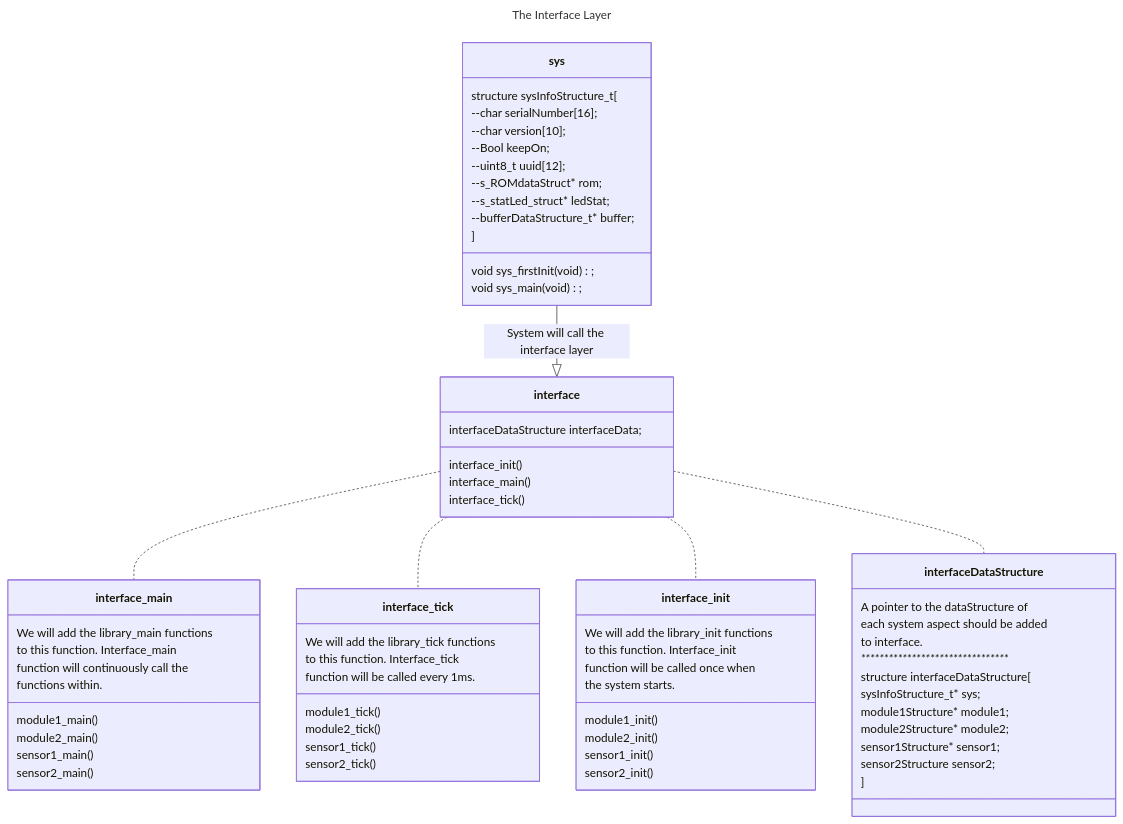
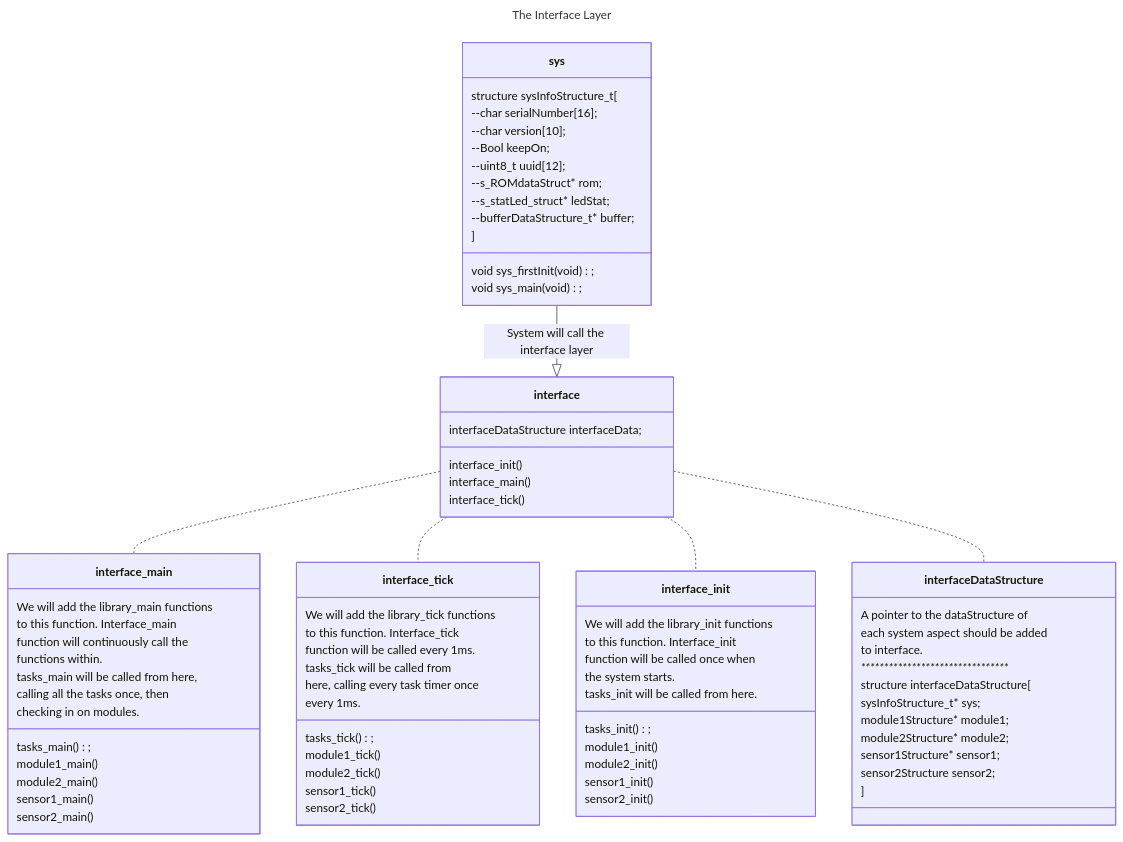
The fifth of 6 diagrams in README.md (poriathegreat/MicroKernel), drawn with Mermaid before and after one commit. The commit also changed other lines of this file, not shown here.

```diff
--- a/README.md
+++ b/README.md
@@ -388,7 +388,12 @@
 We will add the library_main functions
 to this function. Interface_main
 function will continuously call the
-functions within.  
+functions within.
+tasks_main will be called from here,
+calling all the tasks once, then
+checking in on modules. 
+    tasks_main();
+ 
     module1_main()
     module2_main()
     sensor1_main()
@@ -399,7 +404,10 @@
 We will add the library_init functions
 to this function. Interface_init
 function will be called once when
-the system starts.  
+the system starts.
+tasks_init will be called from here.
+    tasks_init();
+
     module1_init()
     module2_init()
     sensor1_init()
@@ -409,7 +417,11 @@
 class interface_tick{
 We will add the library_tick functions
 to this function. Interface_tick
-function will be called every 1ms.  
+function will be called every 1ms.
+tasks_tick will be called from
+here, calling every task timer once
+every 1ms.
+    tasks_tick();
     module1_tick()
     module2_tick()
     sensor1_tick()
```
